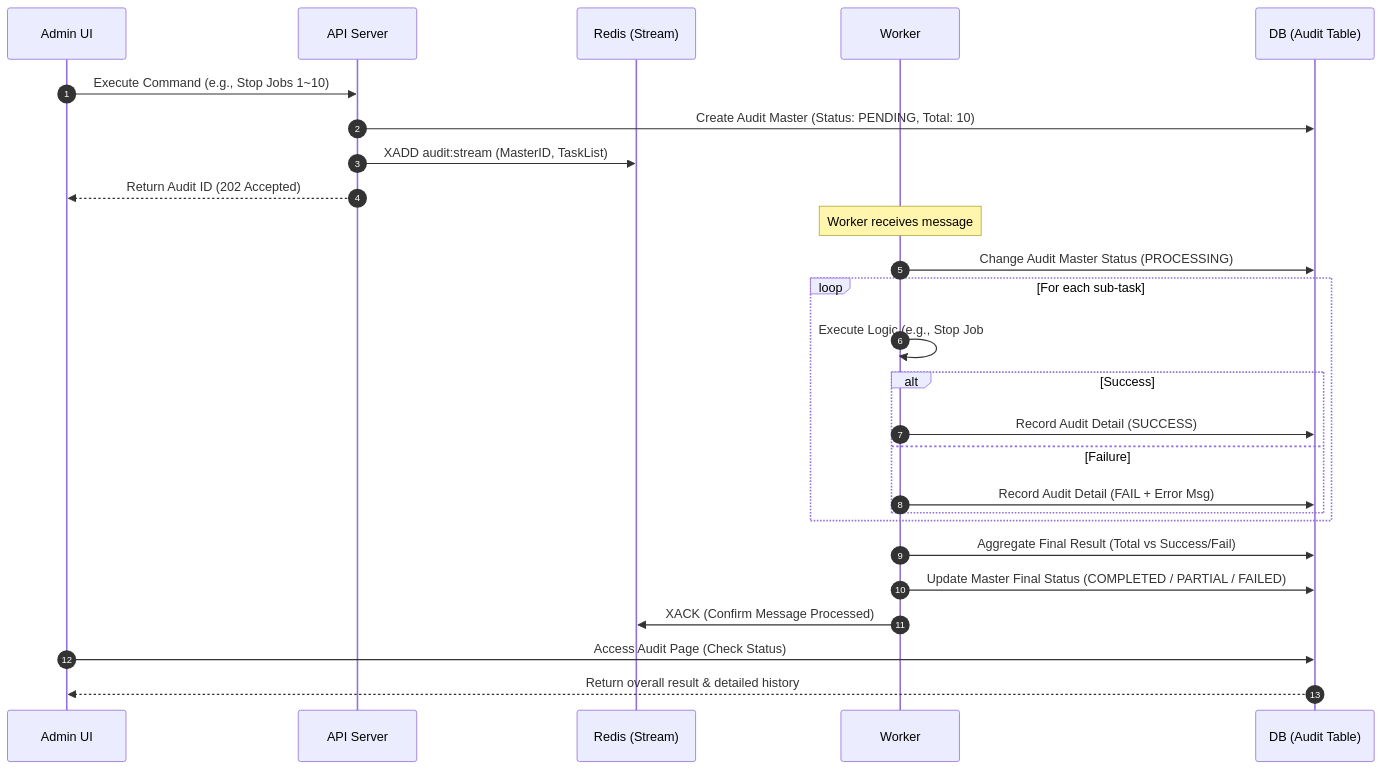
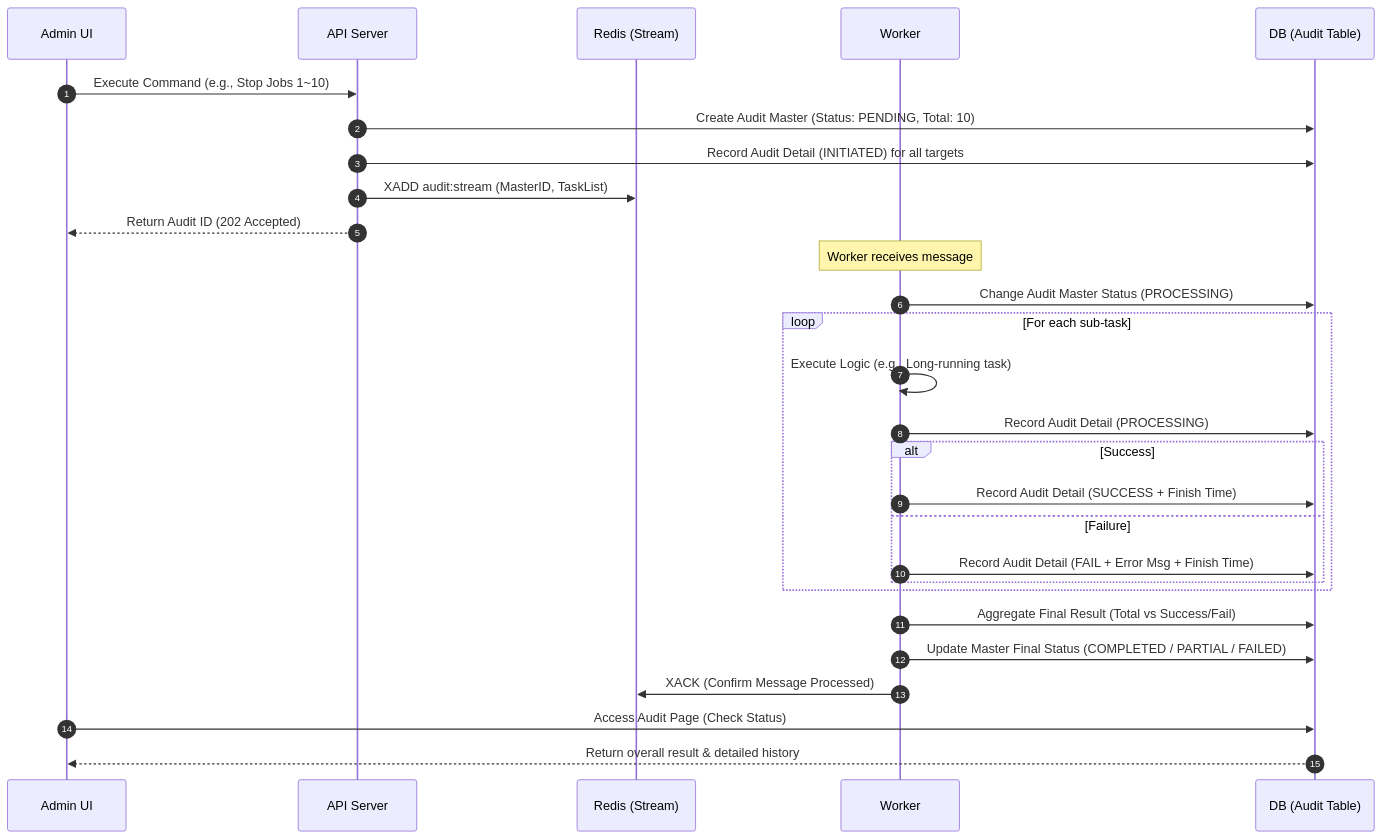
One commit to zer0pool/graph-viz changed the second of 2 diagrams in docs/04.design/2026-02-20_audit_log.md. Above: the diagram before and after it, drawn with Mermaid. The commit also changed other lines of this file and 22 other files, not shown here.

````diff
--- a/docs/04.design/2026-02-20_audit_log.md
+++ b/docs/04.design/2026-02-20_audit_log.md
@@ -49,33 +49,36 @@
 ```mermaid
 sequenceDiagram
     autonumber
     participant U as Admin UI
     participant A as API Server
     participant R as Redis (Stream)
     participant W as Worker
     participant D as DB (Audit Table)
 
     U->>A: Execute Command (e.g., Stop Jobs 1~10)
     A->>D: Create Audit Master (Status: PENDING, Total: 10)
+    A->>D: Record Audit Detail (INITIATED) for all targets
     A->>R: XADD audit:stream (MasterID, TaskList)
     A-->>U: Return Audit ID (202 Accepted)
 
     Note over W: Worker receives message
     W->>D: Change Audit Master Status (PROCESSING)
 
     loop For each sub-task
-        W->>W: Execute Logic (e.g., Stop Job #1)
+        W->>W: Execute Logic (e.g., Long-running task)
+        W->>D: Record Audit Detail (PROCESSING)
+
         alt Success
-            W->>D: Record Audit Detail (SUCCESS)
+            W->>D: Record Audit Detail (SUCCESS + Finish Time)
         else Failure
-            W->>D: Record Audit Detail (FAIL + Error Msg)
+            W->>D: Record Audit Detail (FAIL + Error Msg + Finish Time)
         end
     end
 
     W->>D: Aggregate Final Result (Total vs Success/Fail)
     W->>D: Update Master Final Status (COMPLETED / PARTIAL / FAILED)
     W->>R: XACK (Confirm Message Processed)
     
     U->>D: Access Audit Page (Check Status)
     D-->>U: Return overall result & detailed history
 ```
````
